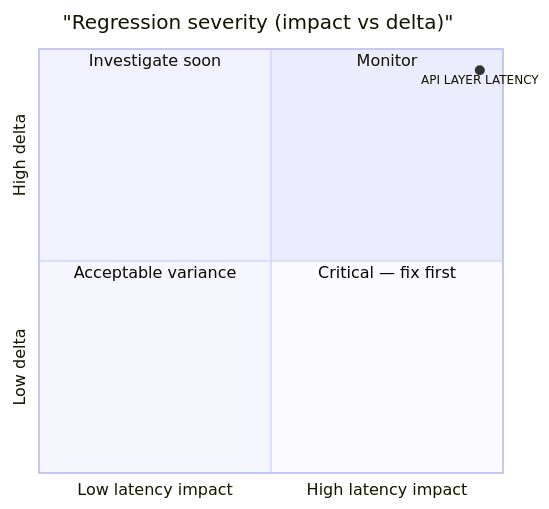
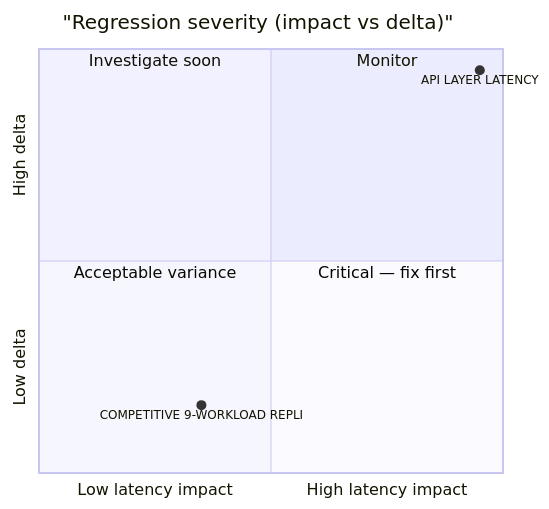
Before and after one commit to SveltyCMS/SveltyCMS: the second of 2 diagrams in docs/project/benchmarks/benchmark_postgresql.mdx, drawn with Mermaid. The commit also changed other lines of this file and 18 other files, not shown here.

````diff
--- a/docs/project/benchmarks/benchmark_postgresql.mdx
+++ b/docs/project/benchmarks/benchmark_postgresql.mdx
@@ -95,11 +95,12 @@
 ```mermaid
 quadrantChart
   title "Regression severity (impact vs delta)"
   x-axis Low latency impact --> High latency impact
   y-axis Low delta --> High delta
   quadrant-1 Monitor
   quadrant-2 Investigate soon
   quadrant-3 Acceptable variance
   quadrant-4 Critical — fix first
     API LAYER LATENCY: [0.95, 0.95]
+    COMPETITIVE 9-WORKLOAD REPLI: [0.35, 0.16]
 ```
````
